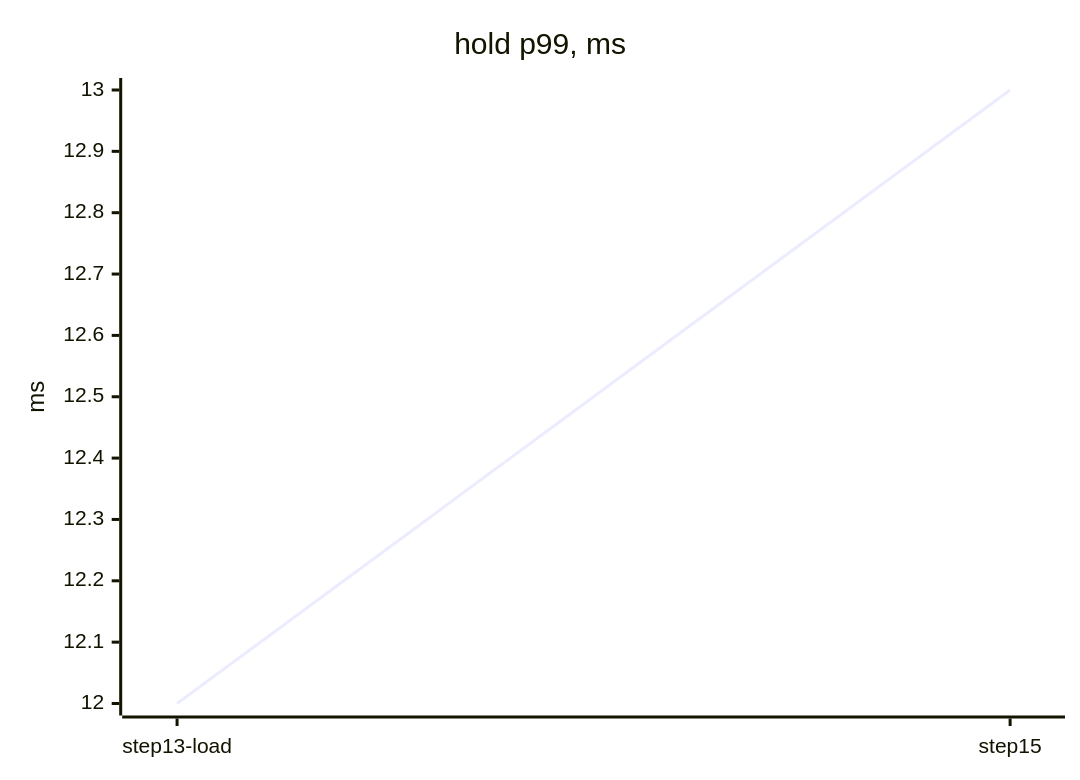
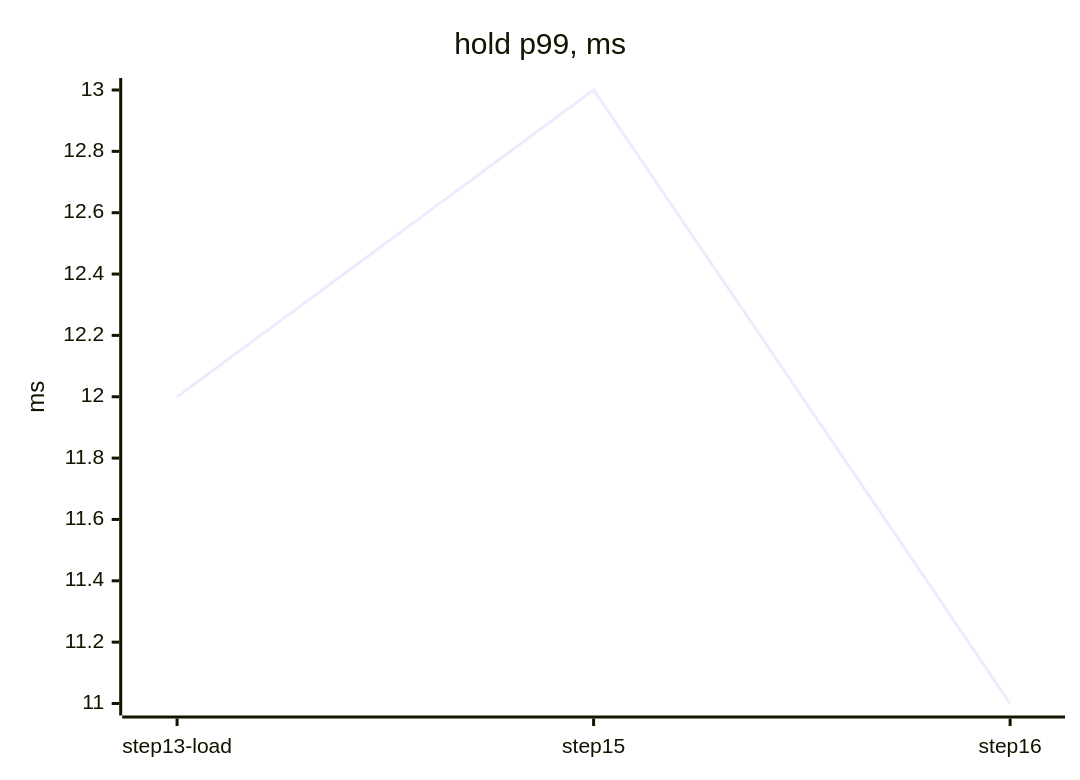
One commit to tanvoid0/ledgerflow changed the second of 4 diagrams in docs/perf/README.md. Above: the diagram before and after it, drawn with Mermaid. The commit also changed other lines of this file and 8 other files, not shown here.

````diff
--- a/docs/perf/README.md
+++ b/docs/perf/README.md
@@ -37,7 +39,7 @@
 ```mermaid
 xychart-beta
     title "hold p99, ms"
-    x-axis ["step13-load", "step15"]
+    x-axis ["step13-load", "step15", "step16"]
     y-axis "ms"
-    line [12, 13]
+    line [12, 13, 11]
 ```
````
